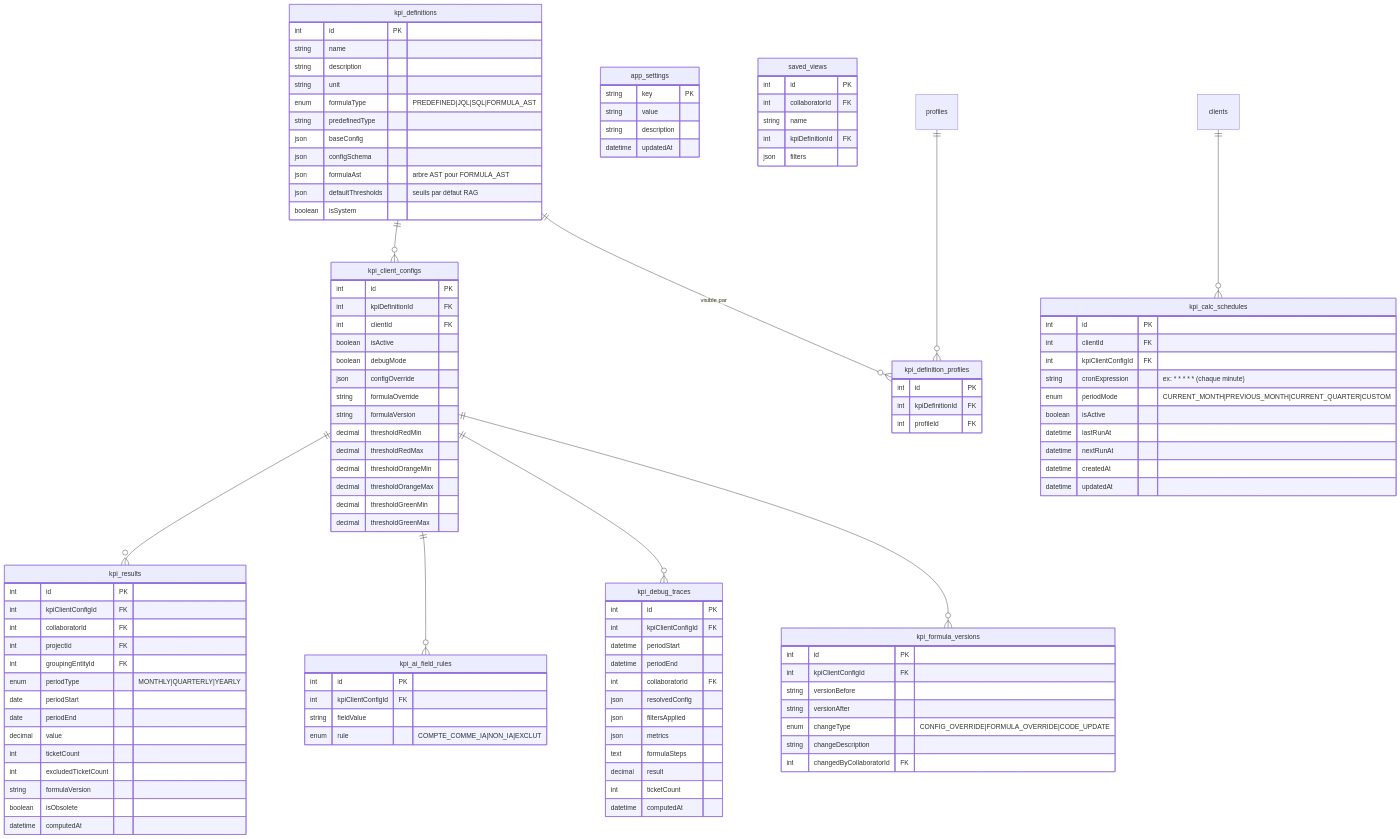
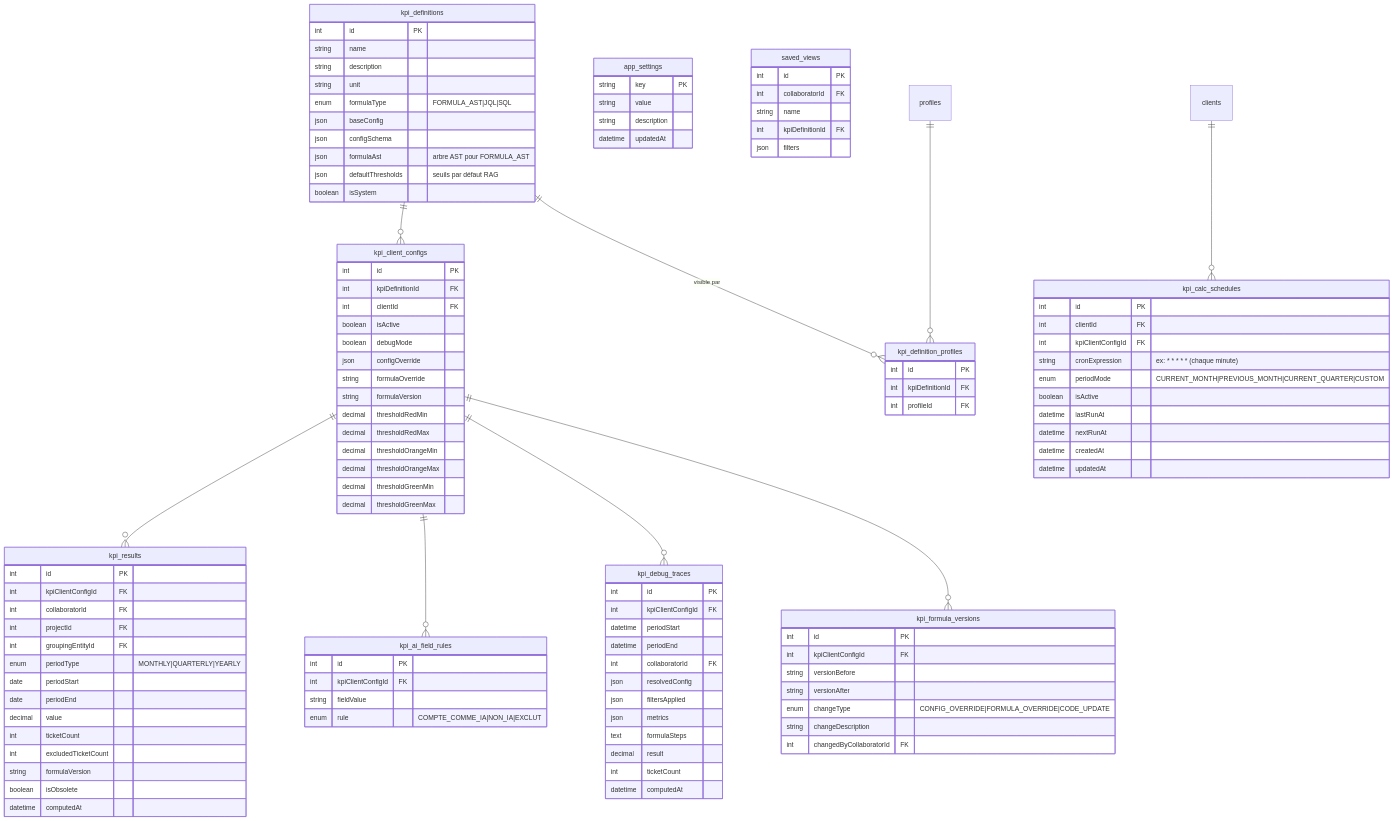
Before and after one commit to toumifethi/portailKPI: the fifth of 6 diagrams in docs/etape2/02-modele-donnees.md, drawn with Mermaid. The commit also changed 32 other files, not shown here.

```diff
--- a/docs/etape2/02-modele-donnees.md
+++ b/docs/etape2/02-modele-donnees.md
@@ -309,8 +309,7 @@
         string name
         string description
         string unit
-        enum formulaType "PREDEFINED|JQL|SQL|FORMULA_AST"
-        string predefinedType
+        enum formulaType "FORMULA_AST|JQL|SQL"
         json baseConfig
         json configSchema
         json formulaAst "arbre AST pour FORMULA_AST"
```
